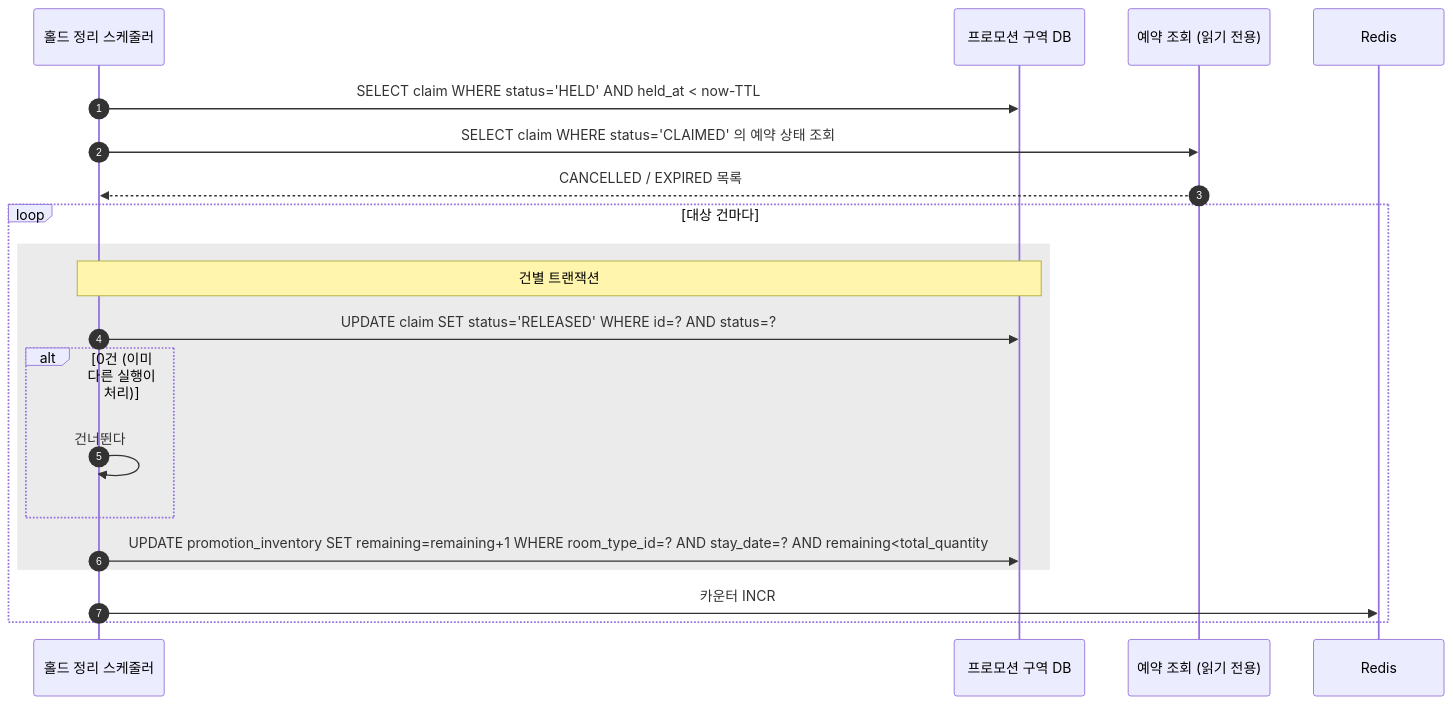
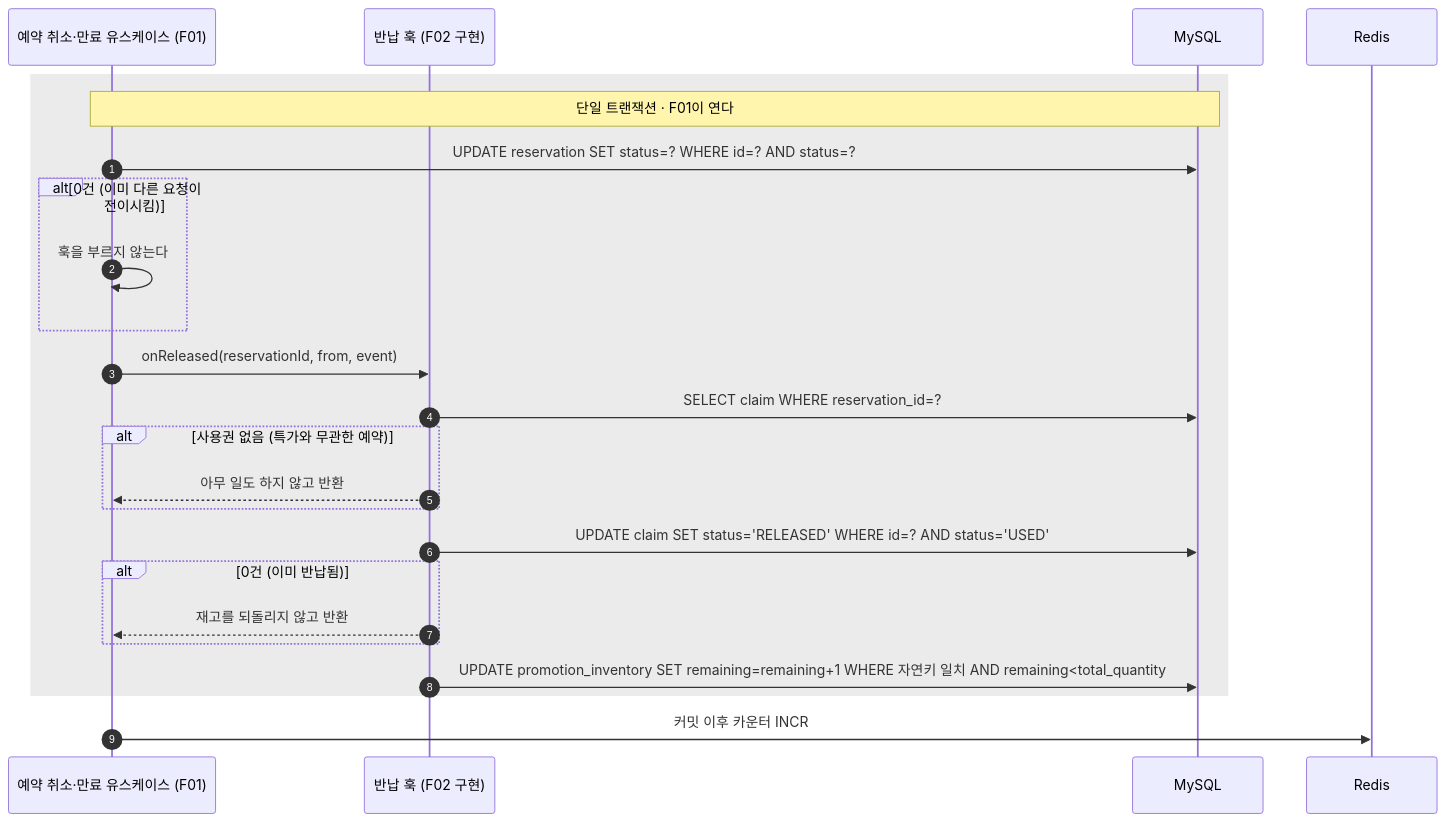
The fifth of 5 diagrams in docs/spec/F02-선착순-프로모션.md (Diocto/pms), drawn with Mermaid before and after one commit. The commit also changed other lines of this file and 1 other file, not shown here.

````diff
--- a/docs/spec/F02-선착순-프로모션.md
+++ b/docs/spec/F02-선착순-프로모션.md
@@ -426,23 +458,27 @@
 ```mermaid
 sequenceDiagram
     autonumber
-    participant S as 홀드 정리 스케줄러
-    participant P as 프로모션 구역 DB
-    participant V as 예약 조회 (읽기 전용)
+    participant F1 as 예약 취소·만료 유스케이스 (F01)
+    participant H as 반납 훅 (F02 구현)
+    participant DB as MySQL
     participant R as Redis
 
-    S->>P: SELECT claim WHERE status='HELD' AND held_at < now-TTL
-    S->>V: SELECT claim WHERE status='CLAIMED' 의 예약 상태 조회
-    V-->>S: CANCELLED / EXPIRED 목록
-    loop 대상 건마다
-        rect rgb(235, 235, 235)
-            note over S,P: 건별 트랜잭션
-            S->>P: UPDATE claim SET status='RELEASED' WHERE id=? AND status=?
-            alt 0건 (이미 다른 실행이 처리)
-                S->>S: 건너뛴다
-            end
-            S->>P: UPDATE promotion_inventory SET remaining=remaining+1 WHERE room_type_id=? AND stay_date=? AND remaining<total_quantity
+    rect rgb(235, 235, 235)
+        note over F1,DB: 단일 트랜잭션 · F01이 연다
+        F1->>DB: UPDATE reservation SET status=? WHERE id=? AND status=?
+        alt 0건 (이미 다른 요청이 전이시킴)
+            F1->>F1: 훅을 부르지 않는다
         end
-        S->>R: 카운터 INCR
+        F1->>H: onReleased(reservationId, from, event)
+        H->>DB: SELECT claim WHERE reservation_id=?
+        alt 사용권 없음 (특가와 무관한 예약)
+            H-->>F1: 아무 일도 하지 않고 반환
+        end
+        H->>DB: UPDATE claim SET status='RELEASED' WHERE id=? AND status='USED'
+        alt 0건 (이미 반납됨)
+            H-->>F1: 재고를 되돌리지 않고 반환
+        end
+        H->>DB: UPDATE promotion_inventory SET remaining=remaining+1 WHERE 자연키 일치 AND remaining<total_quantity
     end
+    F1->>R: 커밋 이후 카운터 INCR
 ```
````
